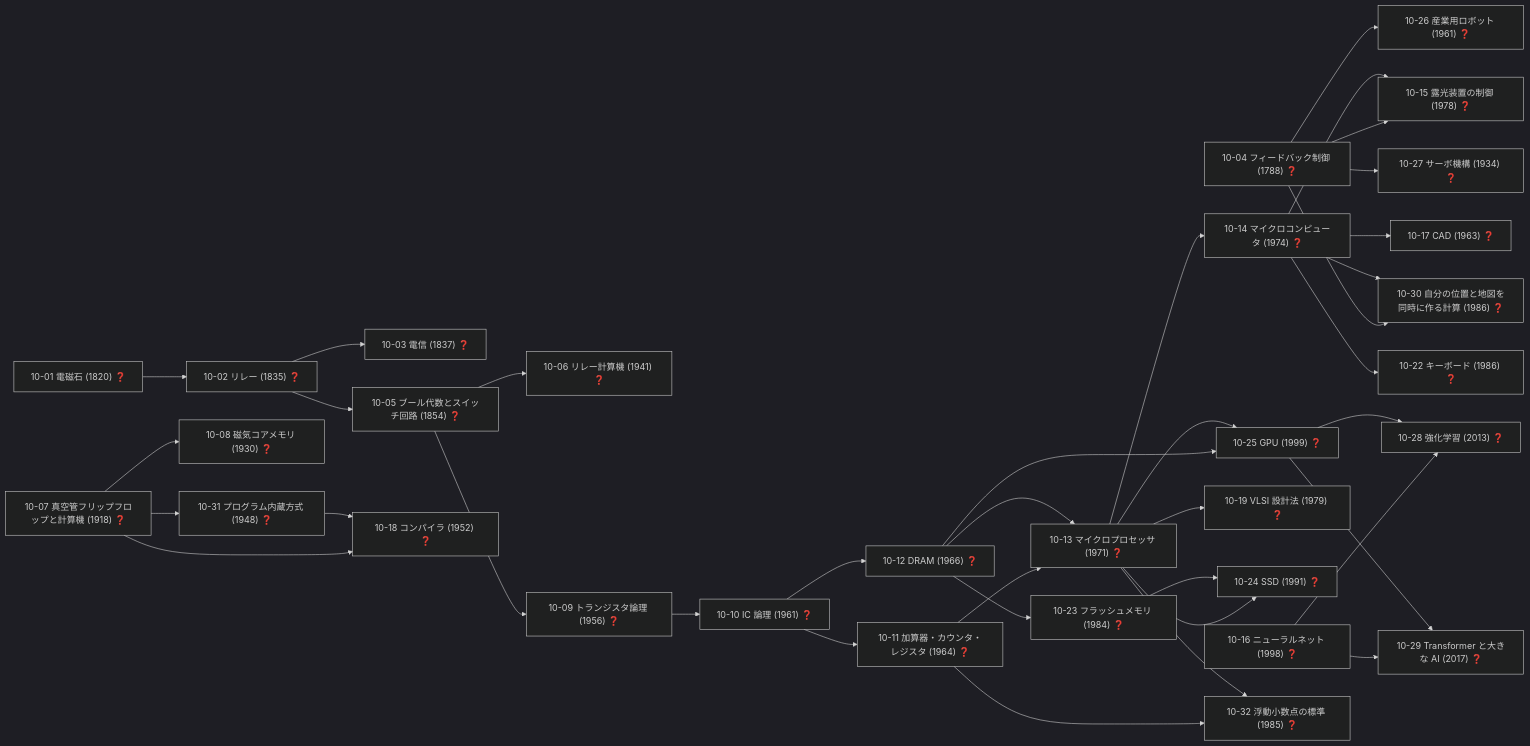
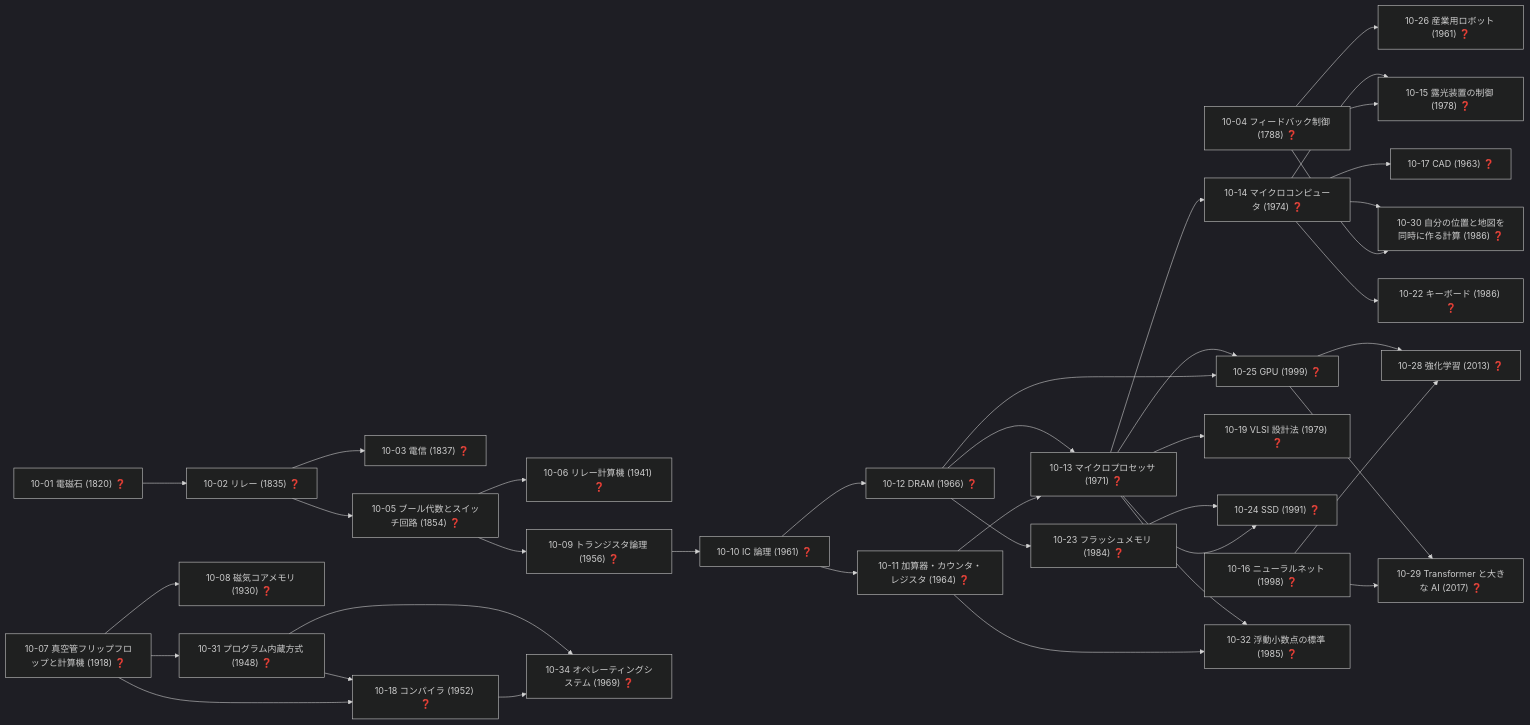
Diagram 13 of 19 in docs/TECH_TREE_VIEW.md (taku3i0317-collab/semiconductor-lab), drawn with Mermaid (dark theme) before and after one commit. The commit also changed other lines of this file and 8 other files, not shown here.

````diff
--- a/docs/TECH_TREE_VIEW.md
+++ b/docs/TECH_TREE_VIEW.md
@@ -744,68 +746,69 @@
 ```mermaid
 graph LR
   n10_01["10-01 電磁石 (1820) ❓"]
   n10_02["10-02 リレー (1835) ❓"]
   n10_03["10-03 電信 (1837) ❓"]
   n10_04["10-04 フィードバック制御 (1788) ❓"]
   n10_05["10-05 ブール代数とスイッチ回路 (1854) ❓"]
   n10_06["10-06 リレー計算機 (1941) ❓"]
   n10_07["10-07 真空管フリップフロップと計算機 (1918) ❓"]
   n10_08["10-08 磁気コアメモリ (1930) ❓"]
   n10_09["10-09 トランジスタ論理 (1956) ❓"]
   n10_10["10-10 IC 論理 (1961) ❓"]
   n10_11["10-11 加算器・カウンタ・レジスタ (1964) ❓"]
   n10_12["10-12 DRAM (1966) ❓"]
   n10_13["10-13 マイクロプロセッサ (1971) ❓"]
   n10_14["10-14 マイクロコンピュータ (1974) ❓"]
   n10_15["10-15 露光装置の制御 (1978) ❓"]
   n10_16["10-16 ニューラルネット (1998) ❓"]
   n10_17["10-17 CAD (1963) ❓"]
   n10_18["10-18 コンパイラ (1952) ❓"]
   n10_19["10-19 VLSI 設計法 (1979) ❓"]
   n10_22["10-22 キーボード (1986) ❓"]
   n10_23["10-23 フラッシュメモリ (1984) ❓"]
   n10_24["10-24 SSD (1991) ❓"]
   n10_25["10-25 GPU (1999) ❓"]
   n10_26["10-26 産業用ロボット (1961) ❓"]
-  n10_27["10-27 サーボ機構 (1934) ❓"]
   n10_28["10-28 強化学習 (2013) ❓"]
   n10_29["10-29 Transformer と大きな AI (2017) ❓"]
   n10_30["10-30 自分の位置と地図を同時に作る計算 (1986) ❓"]
   n10_31["10-31 プログラム内蔵方式 (1948) ❓"]
   n10_32["10-32 浮動小数点の標準 (1985) ❓"]
+  n10_34["10-34 オペレーティングシステム (1969) ❓"]
   n10_01-->n10_02
   n10_02-->n10_03
   n10_02-->n10_05
   n10_05-->n10_06
   n10_07-->n10_08
   n10_05-->n10_09
   n10_09-->n10_10
   n10_10-->n10_11
   n10_10-->n10_12
   n10_11-->n10_13
   n10_12-->n10_13
   n10_13-->n10_14
   n10_04-->n10_15
   n10_14-->n10_15
   n10_14-->n10_17
   n10_07-->n10_18
   n10_31-->n10_18
   n10_13-->n10_19
   n10_14-->n10_22
   n10_12-->n10_23
   n10_13-->n10_24
   n10_23-->n10_24
   n10_12-->n10_25
   n10_13-->n10_25
   n10_04-->n10_26
-  n10_04-->n10_27
   n10_16-->n10_28
   n10_25-->n10_28
   n10_16-->n10_29
   n10_25-->n10_29
   n10_04-->n10_30
   n10_14-->n10_30
   n10_07-->n10_31
   n10_11-->n10_32
   n10_13-->n10_32
+  n10_18-->n10_34
+  n10_31-->n10_34
 ```
````
